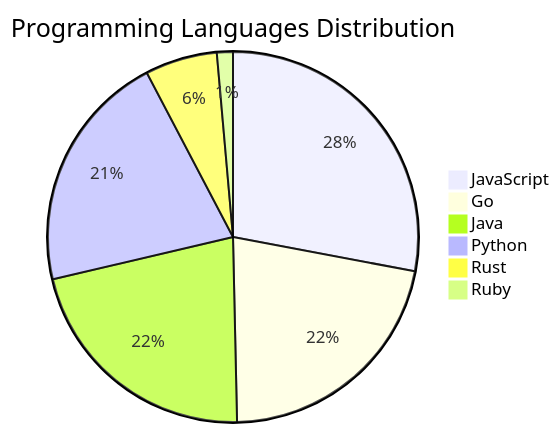
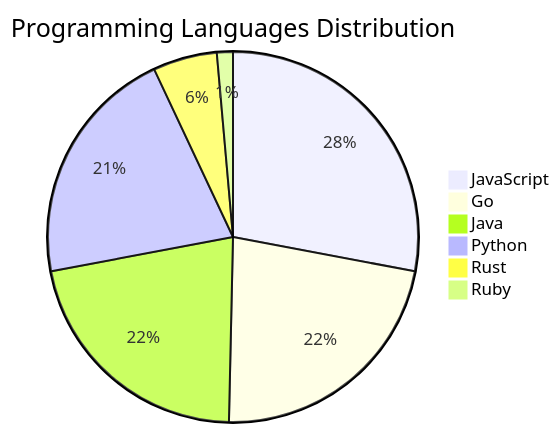
One commit to Derrick-MUGISHA/github-activity-bot changed the diagram in README.md. Above: the diagram before and after it, drawn with Mermaid. The commit also changed other lines of this file and 4 other files, not shown here.

````diff
--- a/README.md
+++ b/README.md
@@ -206,9 +206,9 @@
 ```mermaid
 pie title Programming Languages Distribution
     "JavaScript" : 40
-    "Go" : 31
+    "Go" : 32
     "Java" : 31
     "Python" : 30
-    "Rust" : 9
+    "Rust" : 8
     "Ruby" : 2
 ```
````
